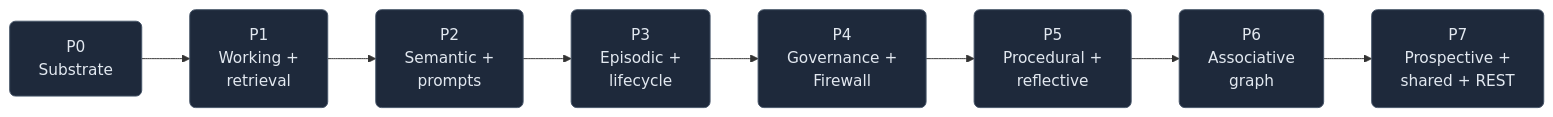
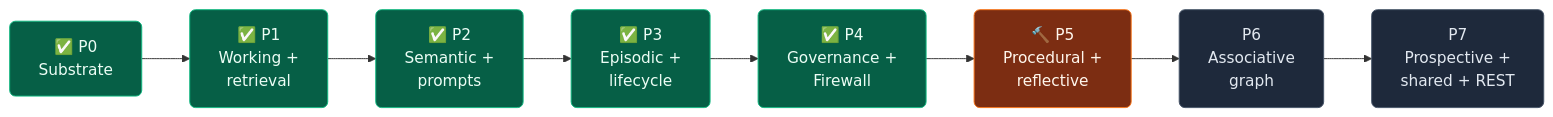
The second of 2 diagrams in README.md (techiewonk/memspine), drawn with Mermaid before and after one commit. The commit also changed other lines of this file and 20 other files, not shown here.

````diff
--- a/README.md
+++ b/README.md
@@ -204,6 +206,10 @@
 ```mermaid
 flowchart LR
-    P0["P0<br/>Substrate"] --> P1["P1<br/>Working +<br/>retrieval"] --> P2["P2<br/>Semantic +<br/>prompts"] --> P3["P3<br/>Episodic +<br/>lifecycle"] --> P4["P4<br/>Governance +<br/>Firewall"] --> P5["P5<br/>Procedural +<br/>reflective"] --> P6["P6<br/>Associative<br/>graph"] --> P7["P7<br/>Prospective +<br/>shared + REST"]
-    classDef p fill:#1e293b,stroke:#475569,color:#e2e8f0,rx:6,ry:6;
-    class P0,P1,P2,P3,P4,P5,P6,P7 p;
+    P0["✅ P0<br/>Substrate"] --> P1["✅ P1<br/>Working +<br/>retrieval"] --> P2["✅ P2<br/>Semantic +<br/>prompts"] --> P3["✅ P3<br/>Episodic +<br/>lifecycle"] --> P4["✅ P4<br/>Governance +<br/>Firewall"] --> P5["🔨 P5<br/>Procedural +<br/>reflective"] --> P6["P6<br/>Associative<br/>graph"] --> P7["P7<br/>Prospective +<br/>shared + REST"]
+    classDef done fill:#065f46,stroke:#10b981,color:#ecfdf5,rx:6,ry:6;
+    classDef wip fill:#7c2d12,stroke:#f97316,color:#fff7ed,rx:6,ry:6;
+    classDef todo fill:#1e293b,stroke:#475569,color:#e2e8f0,rx:6,ry:6;
+    class P0,P1,P2,P3,P4 done;
+    class P5 wip;
+    class P6,P7 todo;
 ```
````
